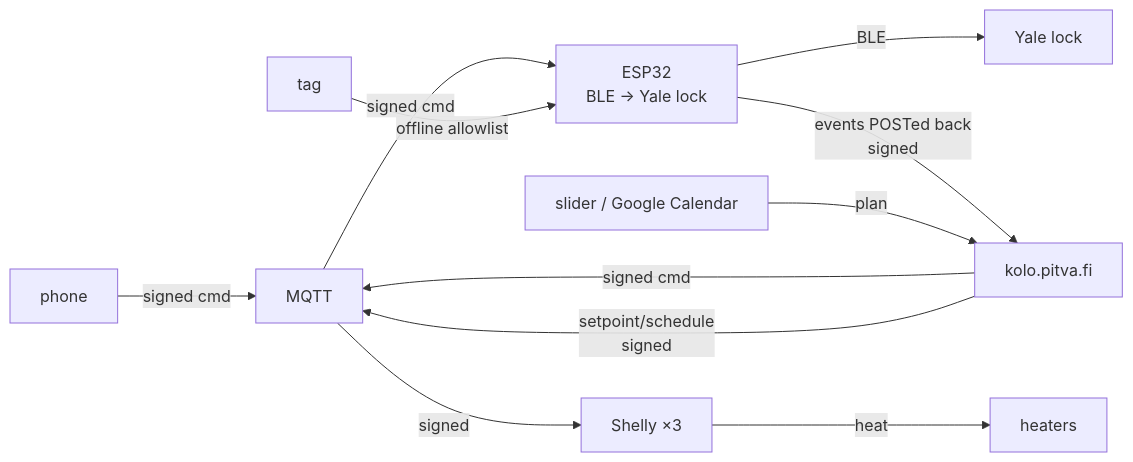
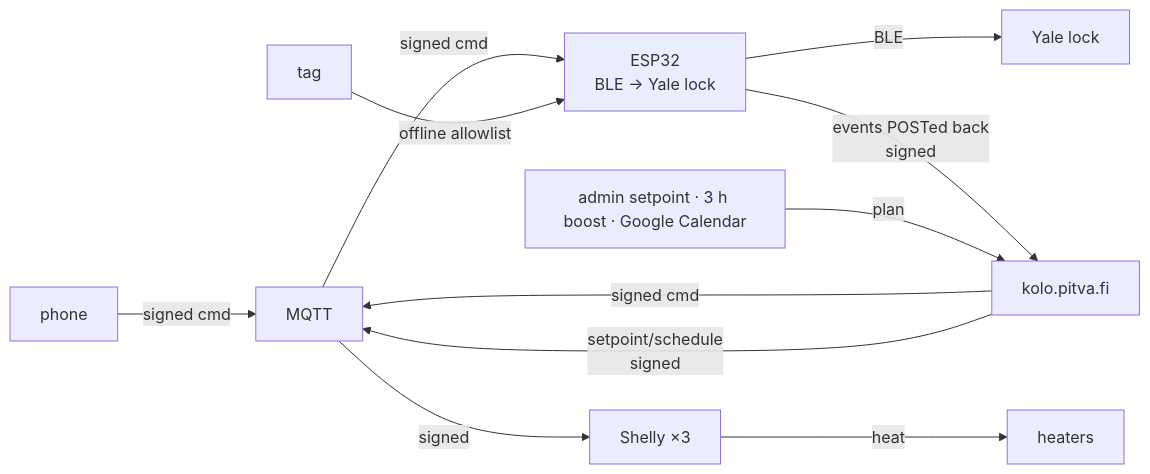
Before and after one commit to pitvaeltajat/kolo: the diagram in README.md, drawn with Mermaid. The commit also changed other lines of this file and 6 other files, not shown here.

````diff
--- a/README.md
+++ b/README.md
@@ -16,13 +17,13 @@
 ```mermaid
 flowchart LR
     P["phone"] -->|"signed cmd"| MQTT
     K["kolo.pitva.fi"] -->|"signed cmd"| MQTT
     MQTT -->|"signed cmd"| E["ESP32<br/>BLE → Yale lock"]
     E -->|"BLE"| Y["Yale lock"]
     E -->|"events POSTed back<br/>signed"| K
     T["tag"] -->|"offline allowlist"| E
-    S["slider / Google Calendar"] -->|"plan"| K
+    S["admin setpoint · 3 h boost · Google Calendar"] -->|"plan"| K
     K -->|"setpoint/schedule<br/>signed"| MQTT
     MQTT -->|"signed"| SH["Shelly ×3"]
     SH -->|"heat"| H["heaters"]
 ```
````
